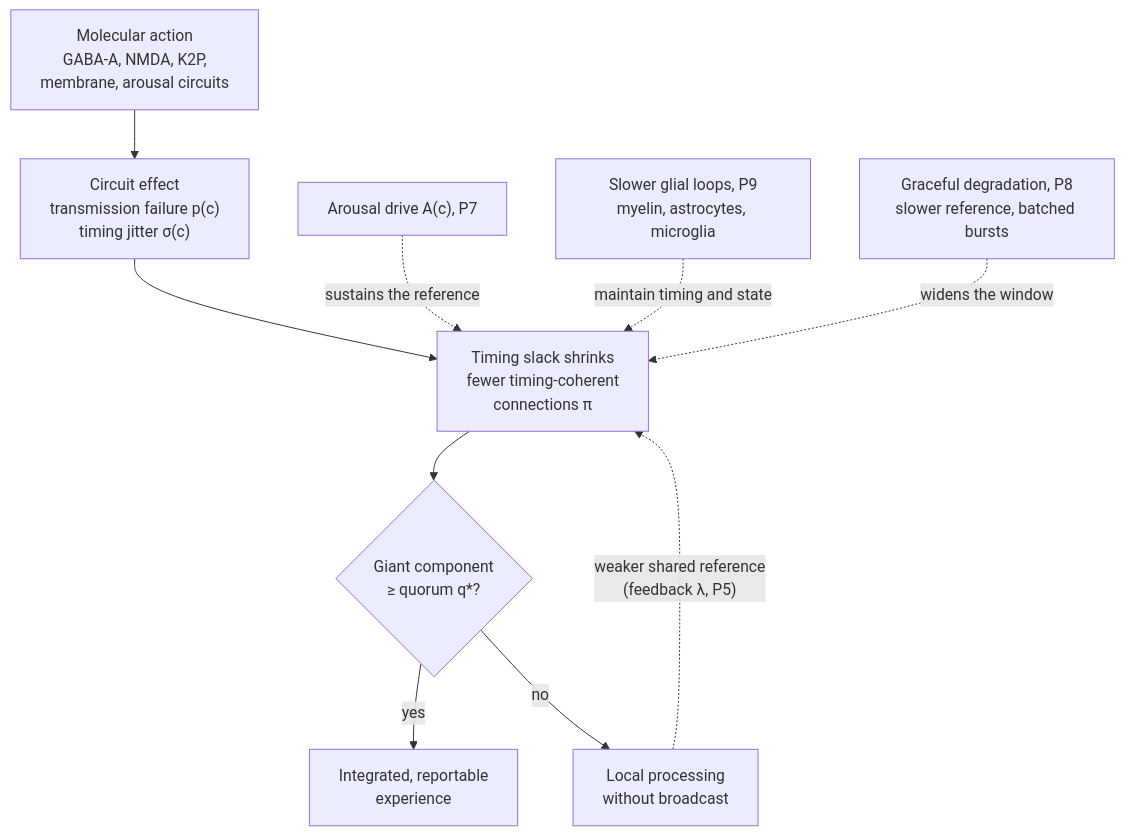
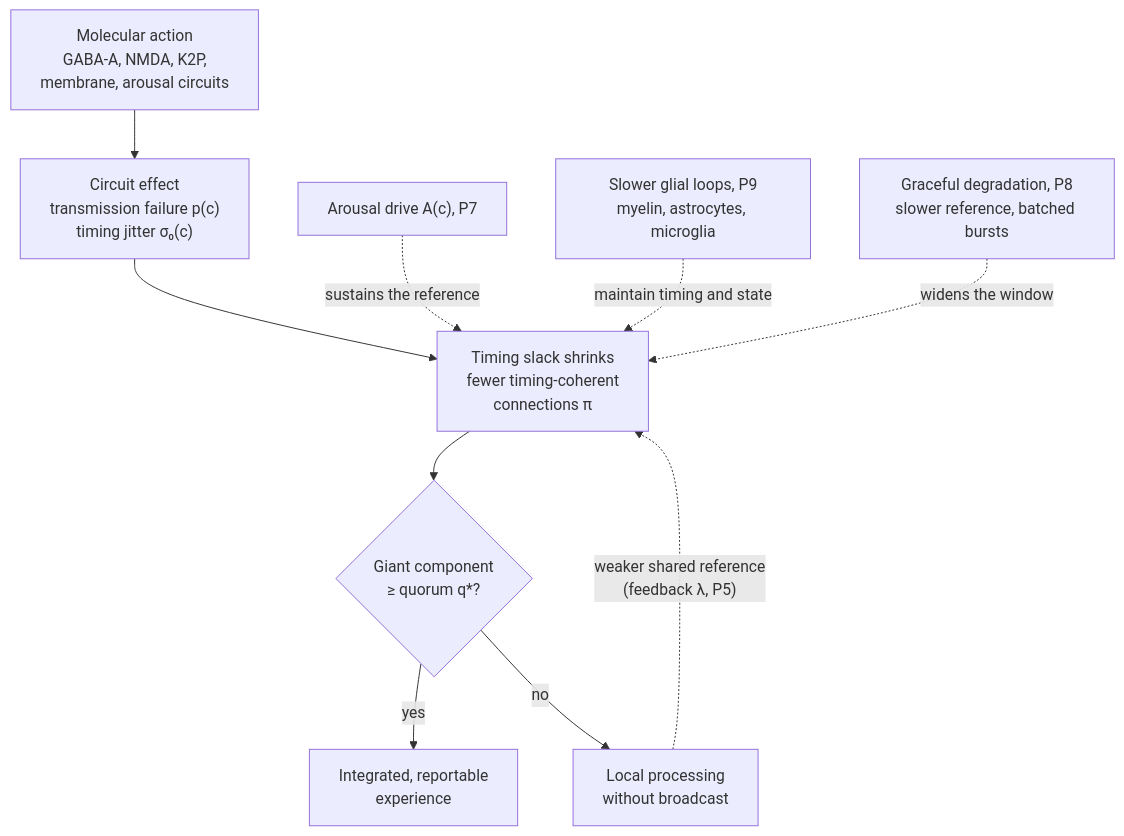
Before and after one commit to DrGabriel/neuroscience: the first of 2 diagrams in white_paper_anesthesia_consensus.md, drawn with Mermaid. The commit also changed other lines of this file and 3 other files, not shown here.

First line of the commit message:
Reading-flow fixes from a front-to-back review (EN + pt-BR)

````diff
--- a/white_paper_anesthesia_consensus.md
+++ b/white_paper_anesthesia_consensus.md
@@ -192,12 +192,12 @@
 ```mermaid
 flowchart TB
-    A["Molecular action<br/>GABA-A, NMDA, K2P,<br/>membrane, arousal circuits"] --> B["Circuit effect<br/>transmission failure p(c)<br/>timing jitter σ(c)"]
+    A["Molecular action<br/>GABA-A, NMDA, K2P,<br/>membrane, arousal circuits"] --> B["Circuit effect<br/>transmission failure p(c)<br/>timing jitter σ₀(c)"]
     B --> C["Timing slack shrinks<br/>fewer timing-coherent<br/>connections π"]
     C --> D{"Giant component<br/>≥ quorum q*?"}
     D -- yes --> E["Integrated, reportable<br/>experience"]
     D -- no --> F["Local processing<br/>without broadcast"]
     F -. "weaker shared reference<br/>(feedback λ, P5)" .-> C
     G["Arousal drive A(c), P7"] -. "sustains the reference" .-> C
     I["Slower glial loops, P9<br/>myelin, astrocytes, microglia"] -. "maintain timing and state" .-> C
     H["Graceful degradation, P8<br/>slower reference, batched bursts"] -. "widens the window" .-> C
 ```
````
